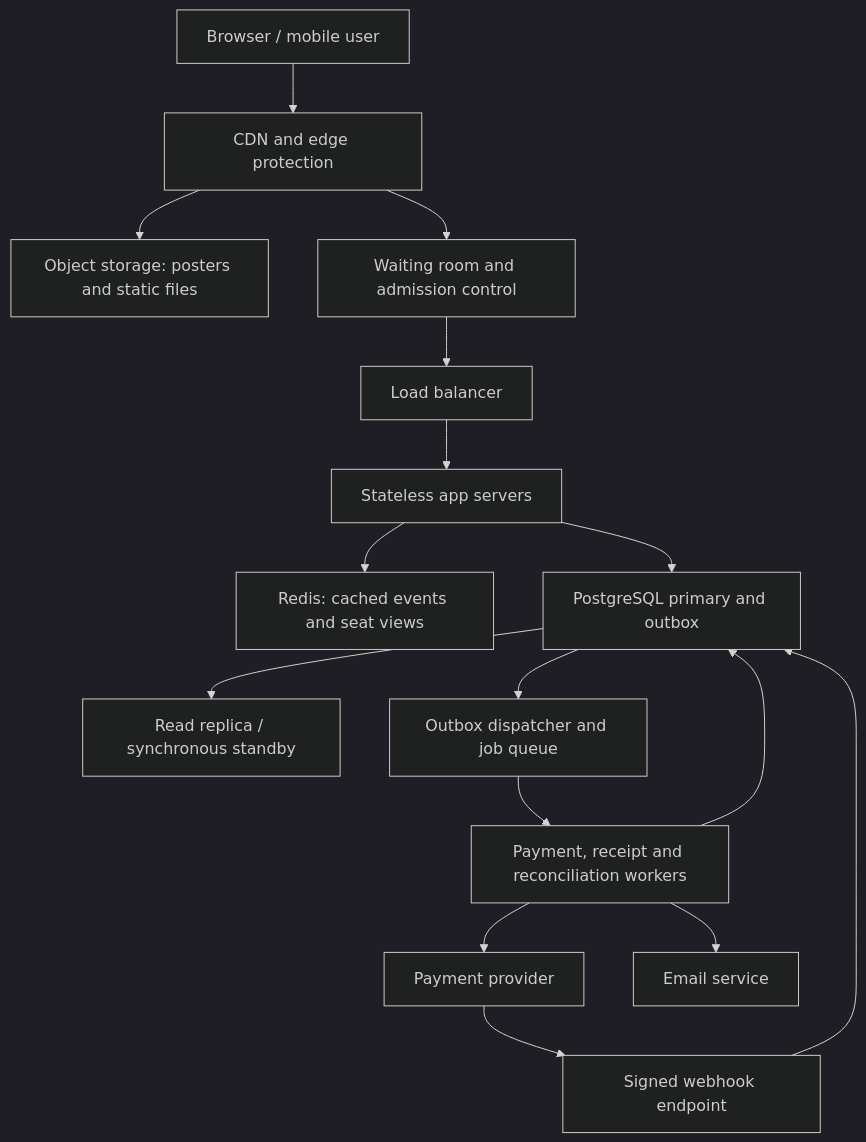
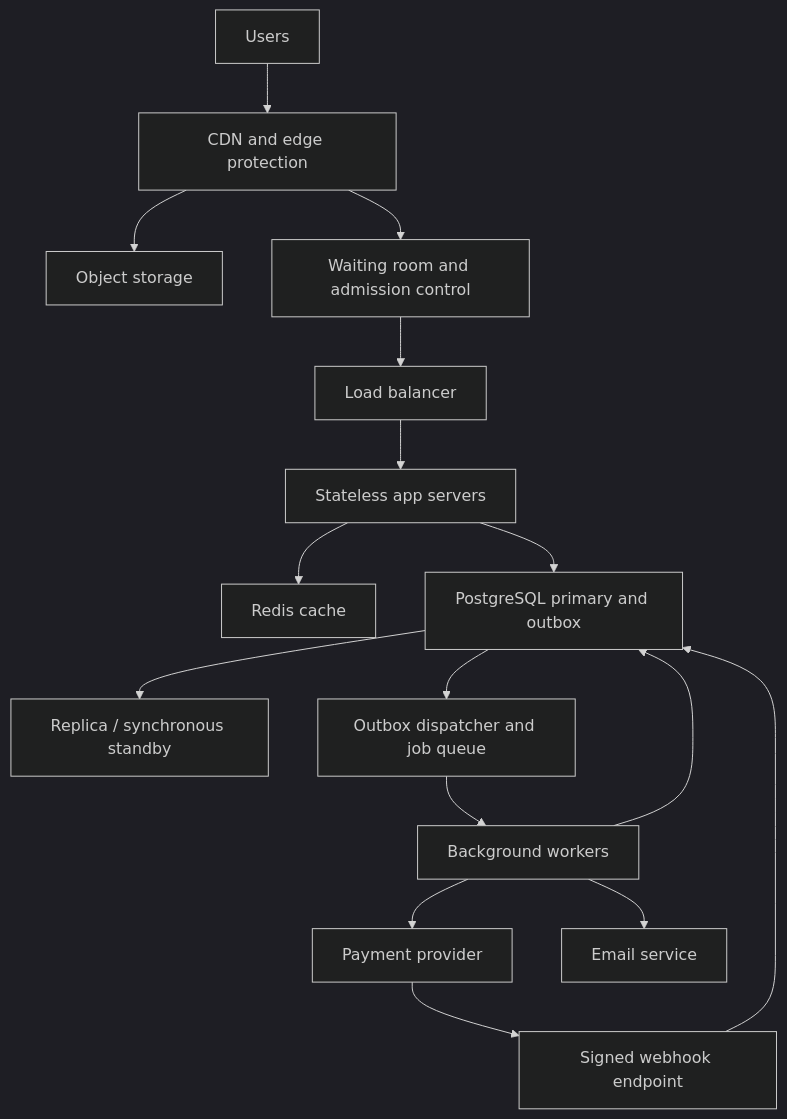
Before and after one commit to adenahmedm87/web-foundations-days: the diagram in day8/ticketing-design.md, drawn with Mermaid (dark theme). The commit also changed other lines of this file and 1 other file, not shown here.

````diff
--- a/day8/ticketing-design.md
+++ b/day8/ticketing-design.md
@@ -153,18 +251,18 @@
 ```mermaid
 flowchart TD
-    U["Browser / mobile user"] --> E["CDN and edge protection"]
-    E --> O["Object storage: posters and static files"]
+    U["Users"] --> E["CDN and edge protection"]
+    E --> S["Object storage"]
     E --> W["Waiting room and admission control"]
     W --> L["Load balancer"]
     L --> A["Stateless app servers"]
-    A --> C["Redis: cached events and seat views"]
+    A --> C["Redis cache"]
     A --> D["PostgreSQL primary and outbox"]
-    D --> R["Read replica / synchronous standby"]
-    D --> B["Outbox dispatcher and job queue"]
-    B --> J["Payment, receipt and reconciliation workers"]
-    J --> D
-    J --> P["Payment provider"]
+    D --> R["Replica / synchronous standby"]
+    D --> Q["Outbox dispatcher and job queue"]
+    Q --> B["Background workers"]
+    B --> D
+    B --> P["Payment provider"]
     P --> H["Signed webhook endpoint"]
     H --> D
-    J --> M["Email service"]
+    B --> M["Email service"]
 ```
````
